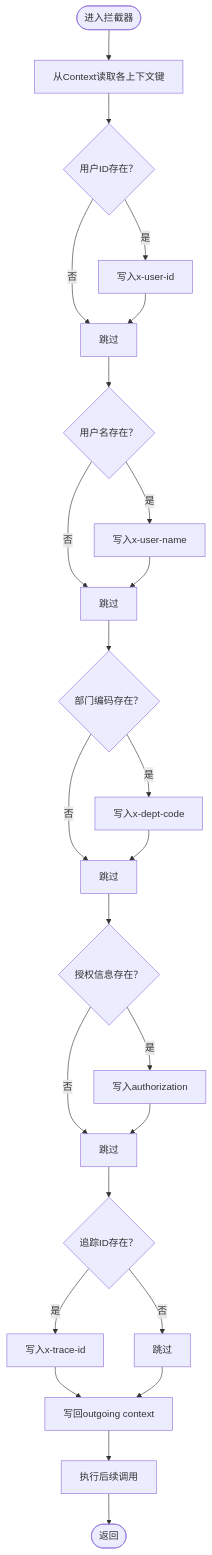
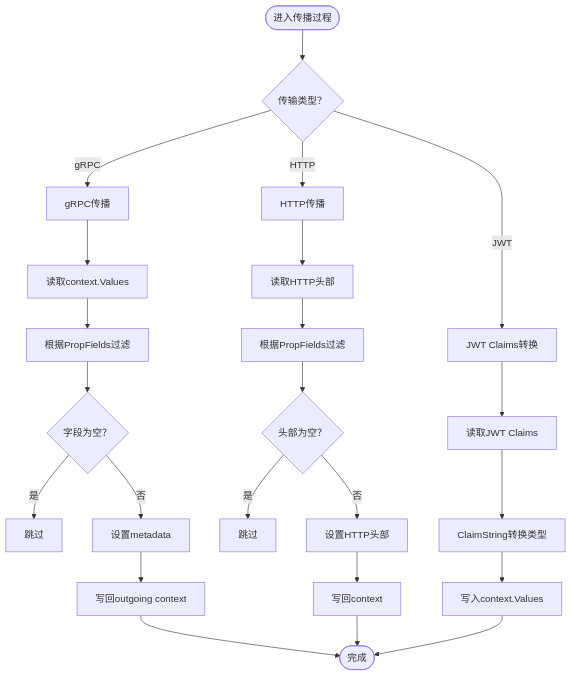
The fourth of 5 diagrams in .qoder/repowiki/zh/content/公共组件库/工具组件/上下文执行工具/上下文数据管理.md (maomao94/zero-service), drawn with Mermaid before and after one commit. The commit also changed other lines of this file and 19 other files, not shown here.

````diff
--- a/.qoder/repowiki/zh/content/公共组件库/工具组件/上下文执行工具/上下文数据管理.md
+++ b/.qoder/repowiki/zh/content/公共组件库/工具组件/上下文执行工具/上下文数据管理.md
@@ -200,27 +276,25 @@
 ```mermaid
 flowchart TD
-Start(["进入拦截器"]) --> Read["从Context读取各上下文键"]
-Read --> CheckUser{"用户ID存在？"}
-CheckUser --> |是| SetUser["写入x-user-id"]
-CheckUser --> |否| Next1["跳过"]
-SetUser --> Next1
-Next1 --> CheckName{"用户名存在？"}
-CheckName --> |是| SetName["写入x-user-name"]
-CheckName --> |否| Next2["跳过"]
-SetName --> Next2
-Next2 --> CheckDept{"部门编码存在？"}
-CheckDept --> |是| SetDept["写入x-dept-code"]
-CheckDept --> |否| Next3["跳过"]
-SetDept --> Next3
-Next3 --> CheckAuth{"授权信息存在？"}
-CheckAuth --> |是| SetAuth["写入authorization"]
-CheckAuth --> |否| Next4["跳过"]
-SetAuth --> Next4
-Next4 --> CheckTrace{"追踪ID存在？"}
-CheckTrace --> |是| SetTrace["写入x-trace-id"]
-CheckTrace --> |否| Skip["跳过"]
-SetTrace --> Wrap["写回outgoing context"]
-Skip --> Wrap
-Wrap --> Invoke["执行后续调用"]
-Invoke --> End(["返回"])
+Start(["进入传播过程"]) --> CheckType{"传输类型？"}
+CheckType --> |gRPC| GRPC["gRPC传播"]
+CheckType --> |HTTP| HTTP["HTTP传播"]
+CheckType --> |JWT| CLAIMS["JWT Claims转换"]
+GRPC --> ReadCtx["读取context.Values"]
+ReadCtx --> Filter["根据PropFields过滤"]
+Filter --> CheckEmpty{"字段为空？"}
+CheckEmpty --> |是| Skip["跳过"]
+CheckEmpty --> |否| SetMD["设置metadata"]
+SetMD --> WriteCtx["写回outgoing context"]
+WriteCtx --> End(["完成"])
+HTTP --> ReadHdr["读取HTTP头部"]
+ReadHdr --> FilterHdr["根据PropFields过滤"]
+FilterHdr --> CheckHdr{"头部为空？"}
+CheckHdr --> |是| SkipHdr["跳过"]
+CheckHdr --> |否| SetHdr["设置HTTP头部"]
+SetHdr --> WriteHdr["写回context"]
+WriteHdr --> End
+CLAIMS --> ReadClaims["读取JWT Claims"]
+ReadClaims --> Convert["ClaimString转换类型"]
+Convert --> WriteClaims["写入context.Values"]
+WriteClaims --> End
 ```
````
